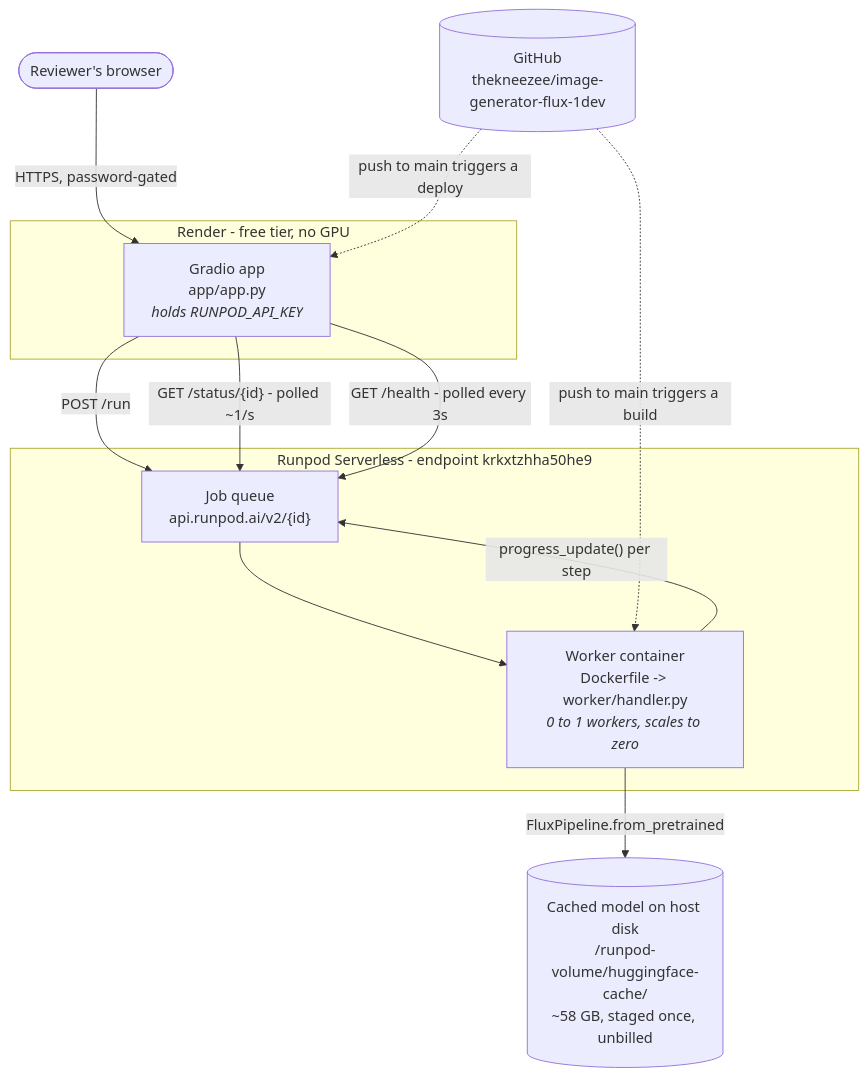
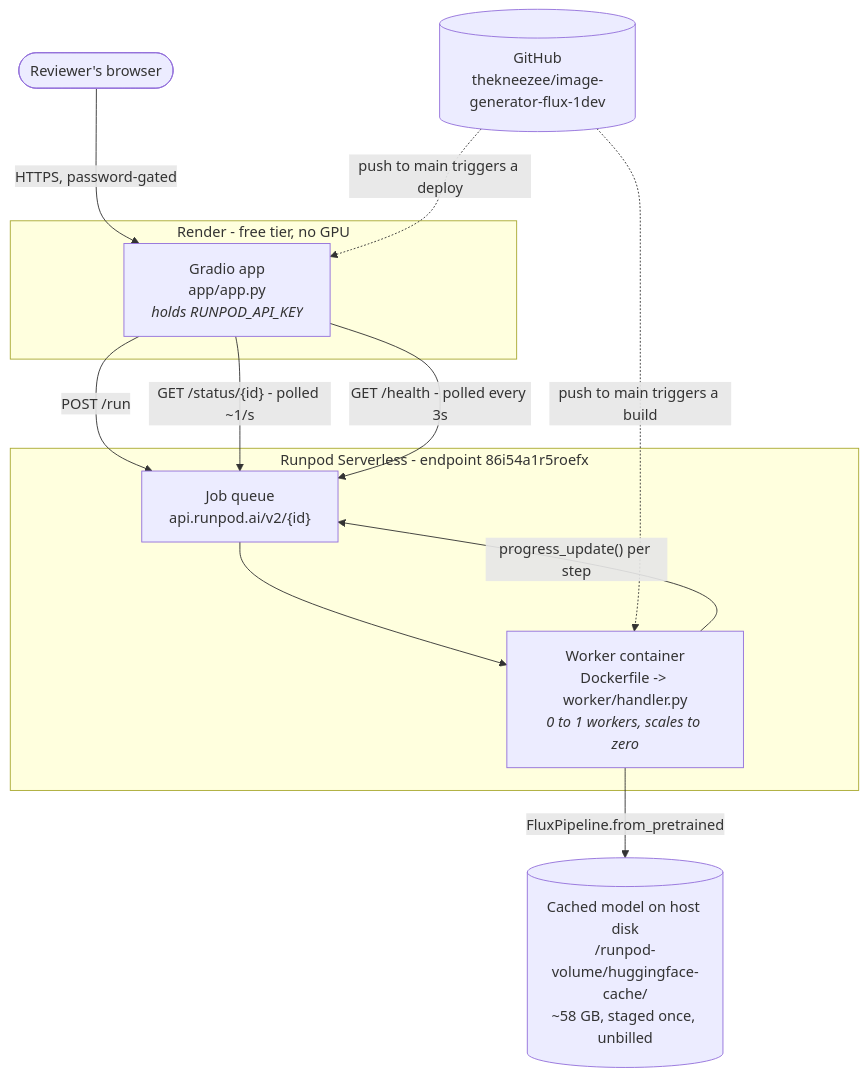
Before and after one commit to thekneezee/image-generator-flux-1dev: the diagram in docs/ARCHITECTURE.md, drawn with Mermaid.

````diff
--- a/docs/ARCHITECTURE.md
+++ b/docs/ARCHITECTURE.md
@@ -8,23 +8,23 @@
 ```mermaid
 flowchart TD
     U([Reviewer's browser]) -->|"HTTPS, password-gated"| R
 
     subgraph render ["Render - free tier, no GPU"]
         R["Gradio app<br/>app/app.py<br/><i>holds RUNPOD_API_KEY</i>"]
     end
 
     R -->|"POST /run"| Q
     R -->|"GET /status/{id} - polled ~1/s"| Q
     R -->|"GET /health - polled every 3s"| Q
 
-    subgraph runpod ["Runpod Serverless - endpoint krkxtzhha50he9"]
+    subgraph runpod ["Runpod Serverless - endpoint 86i54a1r5roefx"]
         Q["Job queue<br/>api.runpod.ai/v2/{id}"] --> W
         W["Worker container<br/>Dockerfile -> worker/handler.py<br/><i>0 to 1 workers, scales to zero</i>"]
     end
 
     W -->|"FluxPipeline.from_pretrained"| C[("Cached model on host disk<br/>/runpod-volume/huggingface-cache/<br/>~58 GB, staged once, unbilled")]
     W -->|"progress_update() per step"| Q
 
     G[("GitHub<br/>thekneezee/image-generator-flux-1dev")] -.->|"push to main triggers a build"| W
     G -.->|"push to main triggers a deploy"| R
 ```
````
